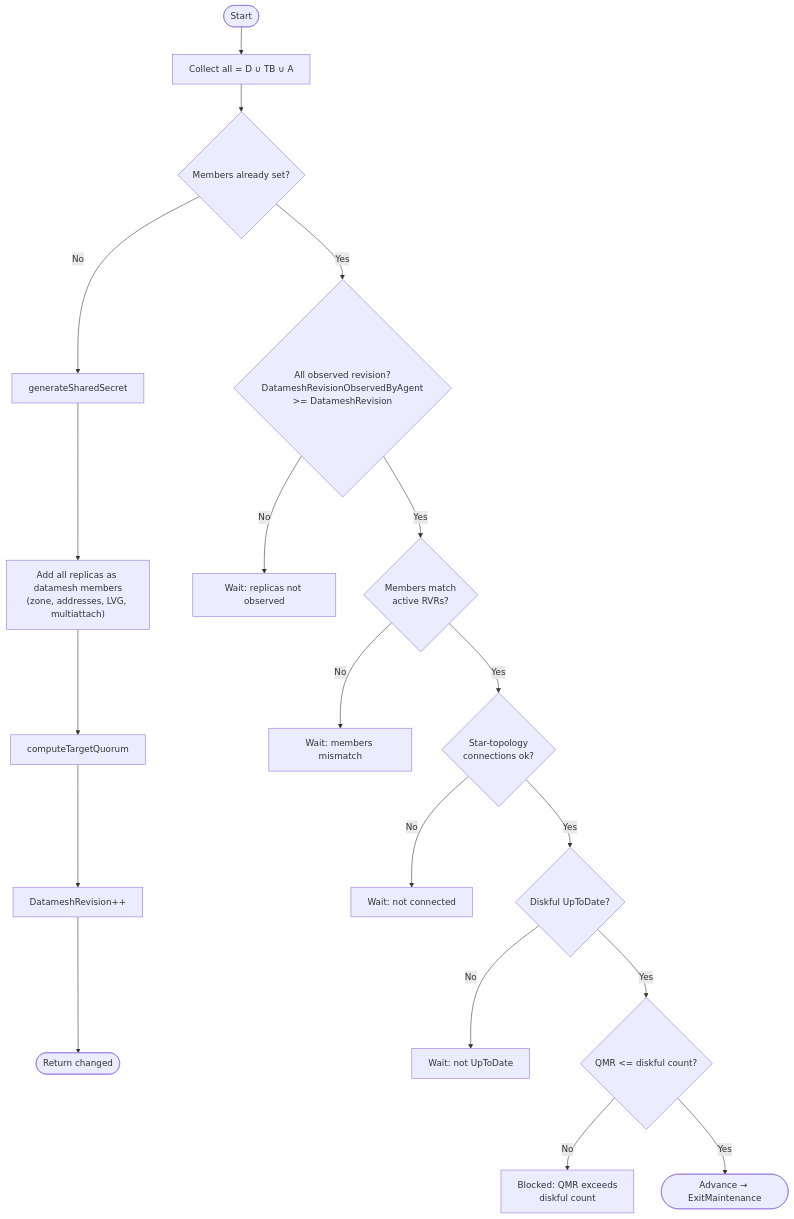
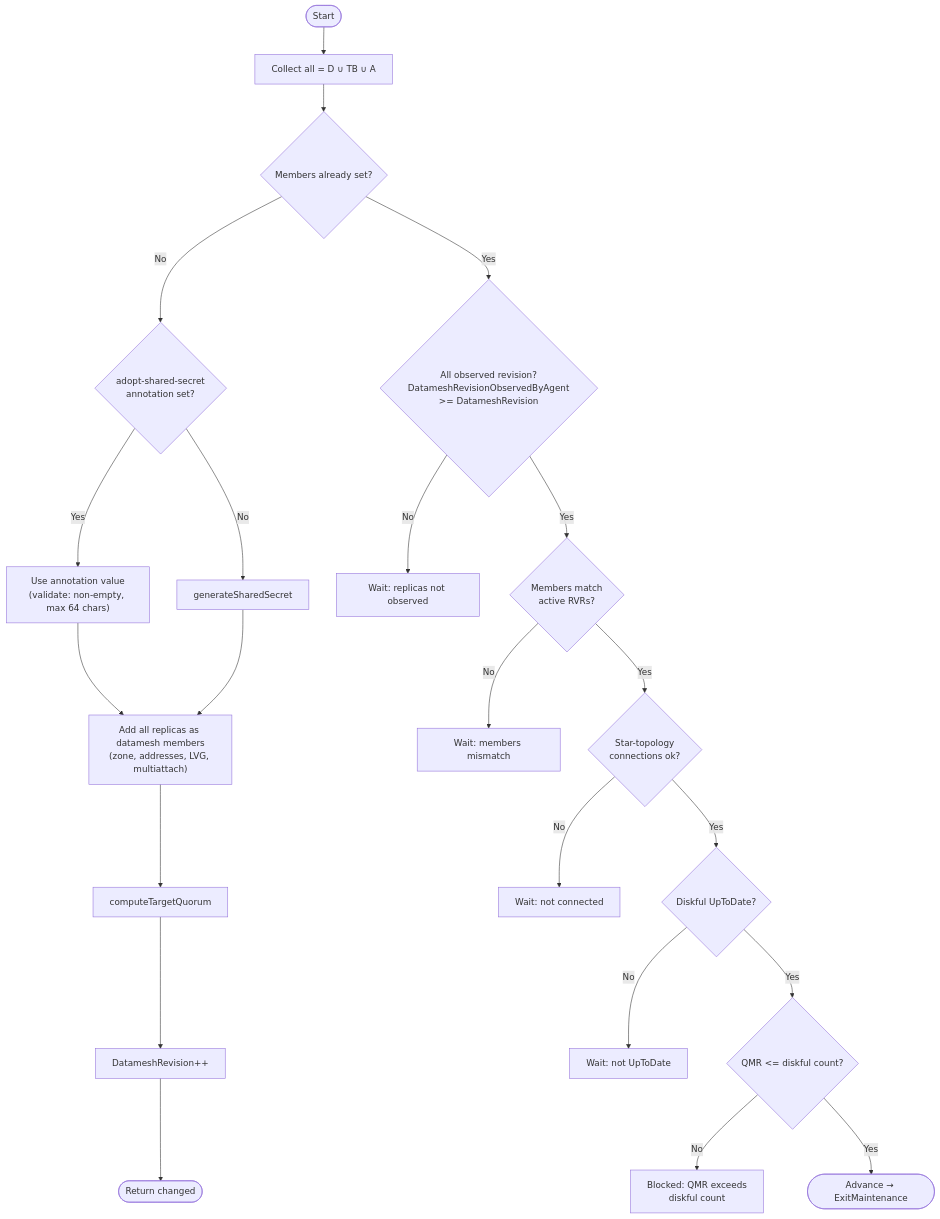
Before and after one commit to deckhouse/sds-replicated-volume: the ninth of 12 diagrams in images/controller/internal/controllers/rv_controller/README.md, drawn with Mermaid. The commit also changed other lines of this file and 7 other files, not shown here.

First line of the commit message:
[controller] Add adopt-shared-secret annotation for adopt/v1 formation

````diff
--- a/images/controller/internal/controllers/rv_controller/README.md
+++ b/images/controller/internal/controllers/rv_controller/README.md
@@ -788,28 +788,31 @@
 ```mermaid
 flowchart TD
     Start([Start]) --> CollectAll["Collect all = D ∪ TB ∪ A"]
 
     CollectAll --> CheckMembers{Members already set?}
-    CheckMembers -->|No| GenSecret[generateSharedSecret]
-    GenSecret --> AddMembers["Add all replicas as datamesh members<br/>(zone, addresses, LVG, multiattach)"]
+    CheckMembers -->|No| CheckAnnotation{"adopt-shared-secret<br/>annotation set?"}
+    CheckAnnotation -->|Yes| UseAnnotation["Use annotation value<br/>(validate: non-empty, max 64 chars)"]
+    CheckAnnotation -->|No| GenSecret[generateSharedSecret]
+    UseAnnotation --> AddMembers["Add all replicas as datamesh members<br/>(zone, addresses, LVG, multiattach)"]
+    GenSecret --> AddMembers
     AddMembers --> SetQuorum[computeTargetQuorum]
     SetQuorum --> IncrRevision["DatameshRevision++"]
     IncrRevision --> ReturnChanged([Return changed])
 
     CheckMembers -->|Yes| CheckObserved{"All observed revision?<br/>DatameshRevisionObservedByAgent<br/>>= DatameshRevision"}
     CheckObserved -->|No| WaitObserved["Wait: replicas not observed"]
 
     CheckObserved -->|Yes| CheckMembersMatch{Members match<br/>active RVRs?}
     CheckMembersMatch -->|No| WaitMismatch["Wait: members mismatch"]
 
     CheckMembersMatch -->|Yes| CheckConnected{"Star-topology<br/>connections ok?"}
     CheckConnected -->|No| WaitConn["Wait: not connected"]
 
     CheckConnected -->|Yes| CheckUpToDate{Diskful UpToDate?}
     CheckUpToDate -->|No| WaitUTD["Wait: not UpToDate"]
 
     CheckUpToDate -->|Yes| CheckQMR{"QMR <= diskful count?"}
     CheckQMR -->|No| WaitQMR["Blocked: QMR exceeds<br/>diskful count"]
 
     CheckQMR -->|Yes| Advance(["Advance → ExitMaintenance"])
 ```
````
